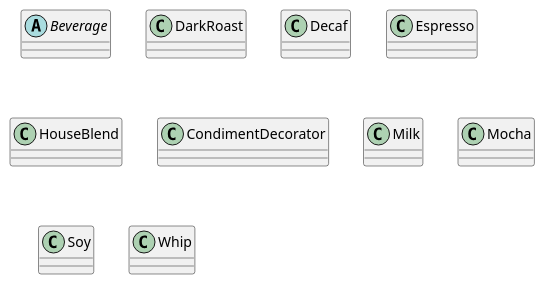
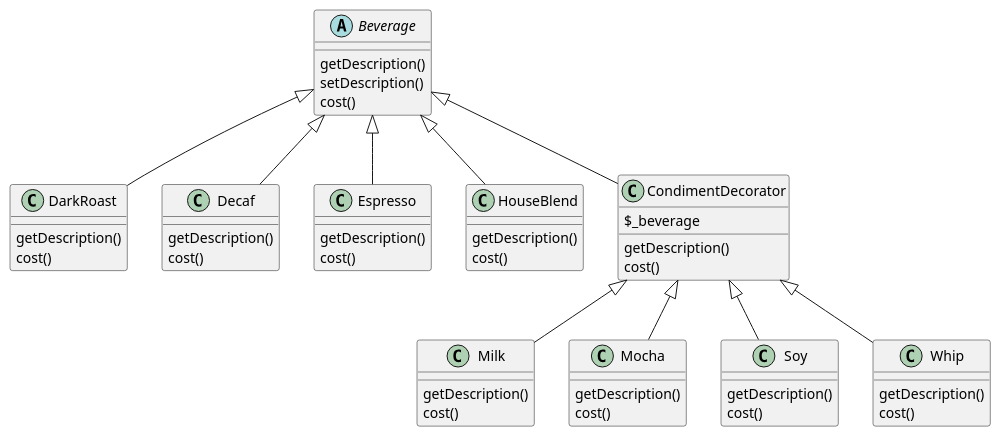
Before and after one commit to yangqing870410/design_pattern: the diagram in 星巴兹咖啡(装饰模式)/beverage.puml, drawn with PlantUML. The commit also changed 37 other files, not shown here.

```diff
--- a/星巴兹咖啡(装饰模式)/beverage.puml
+++ b/星巴兹咖啡(装饰模式)/beverage.puml
@@ -1,18 +1,56 @@
 @startuml
 
+Beverage <|-- DarkRoast
+Beverage <|-- Decaf
+Beverage <|-- Espresso
+Beverage <|-- HouseBlend
+
+Beverage <|-- CondimentDecorator
+CondimentDecorator <|-- Milk
+CondimentDecorator <|-- Mocha
+CondimentDecorator <|-- Soy
+CondimentDecorator <|-- Whip
+
 abstract class Beverage
-
+Beverage : getDescription()
+Beverage : setDescription()
+Beverage : cost()
 
 class DarkRoast
+DarkRoast : getDescription()
+DarkRoast : cost()
+
 class Decaf
+Decaf : getDescription()
+Decaf : cost()
+
 class Espresso
+Espresso : getDescription()
+Espresso : cost()
+
 class HouseBlend
+HouseBlend : getDescription()
+HouseBlend : cost()
 
 class CondimentDecorator
+CondimentDecorator : $_beverage
+CondimentDecorator : getDescription()
+CondimentDecorator : cost()
+
 class Milk
+Milk : getDescription()
+Milk : cost()
+
 class Mocha
+Mocha : getDescription()
+Mocha : cost()
+
 class Soy
+Soy : getDescription()
+Soy : cost()
+
 class Whip
-
+Whip : getDescription()
+Whip : cost()
 
 @enduml
```
